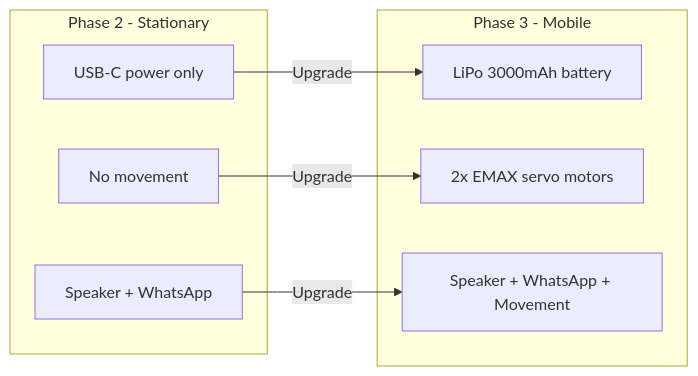
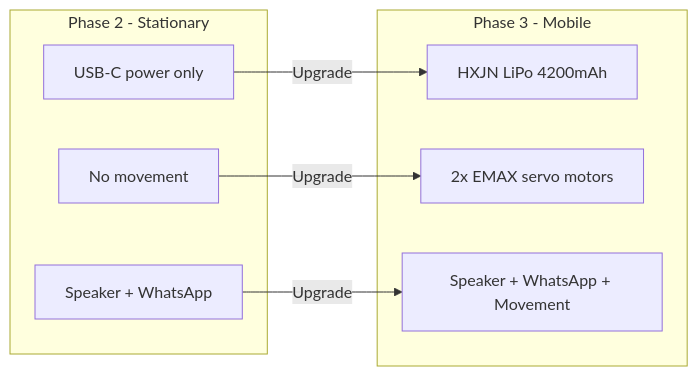
The first of 7 diagrams in PHASE3_MUSCLES.md (zabbix-byte/real-tars), drawn with Mermaid before and after one commit. The commit also changed other lines of this file and 6 other files, not shown here.

````diff
--- a/PHASE3_MUSCLES.md
+++ b/PHASE3_MUSCLES.md
@@ -18,18 +20,18 @@
 ```mermaid
 graph LR
     subgraph PHASE2["Phase 2 - Stationary"]
         P2_PWR["USB-C power only"]
         P2_MOV["No movement"]
         P2_OUT["Speaker + WhatsApp"]
     end
 
     subgraph PHASE3["Phase 3 - Mobile"]
-        P3_PWR["LiPo 3000mAh battery"]
+        P3_PWR["HXJN LiPo 4200mAh"]
         P3_MOV["2x EMAX servo motors"]
         P3_OUT["Speaker + WhatsApp + Movement"]
     end
 
     P2_PWR -->|"Upgrade"| P3_PWR
     P2_MOV -->|"Upgrade"| P3_MOV
     P2_OUT -->|"Upgrade"| P3_OUT
 ```
````
